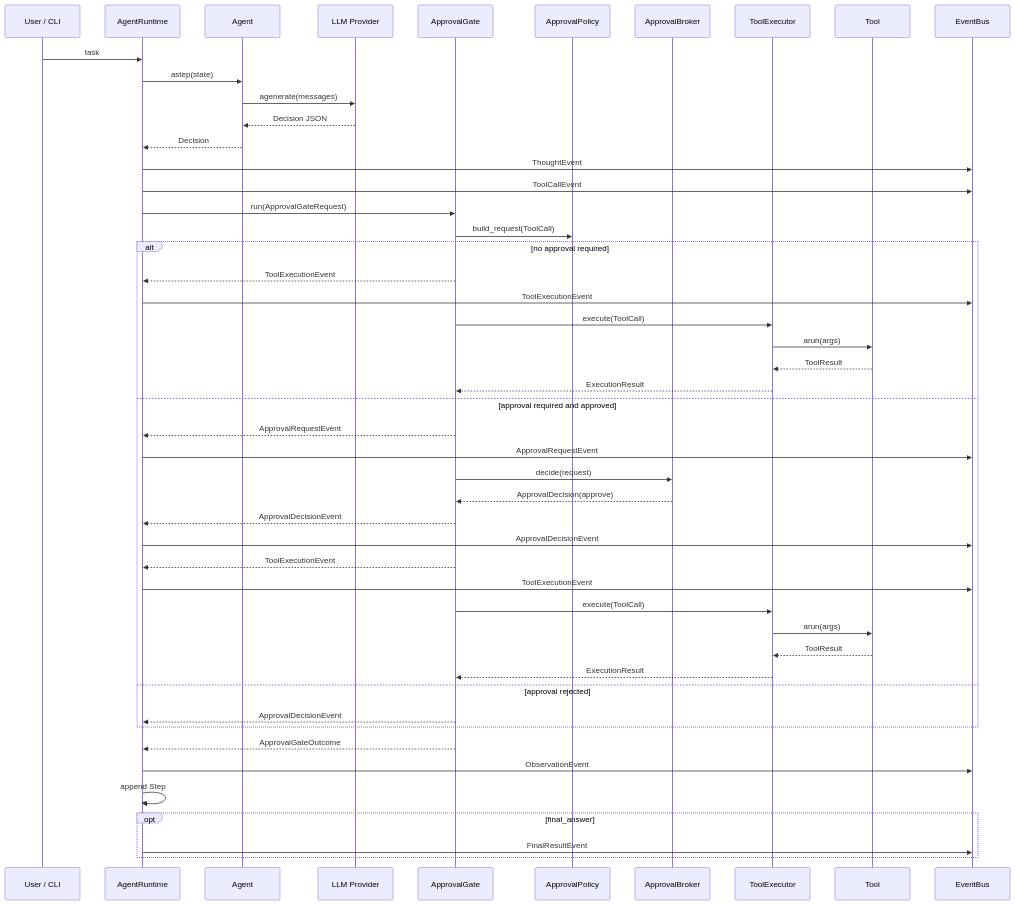
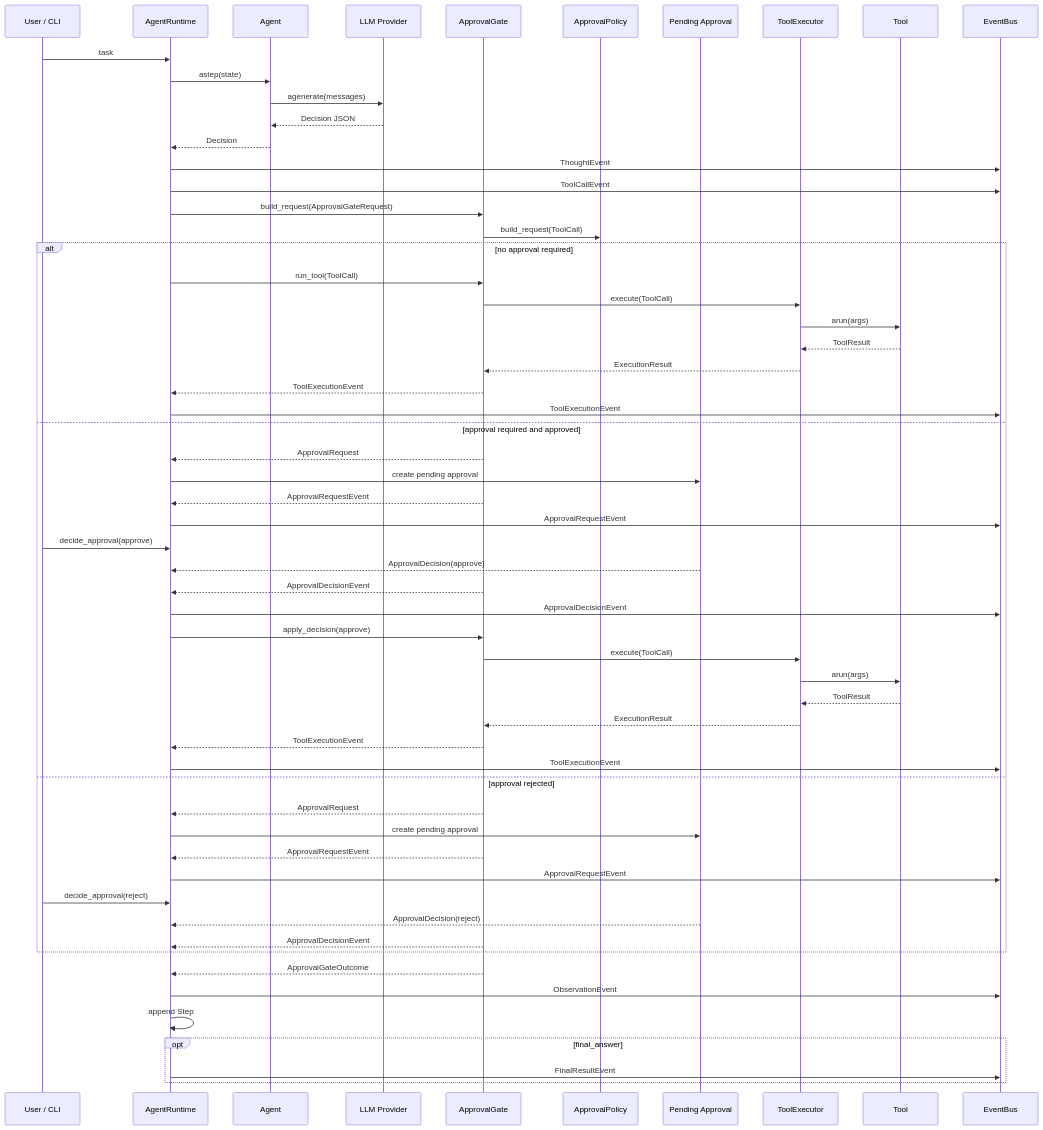
One commit to Dabuliule/codecraft changed the second of 2 diagrams in docs/ARCHITECTURE.md. Above: the diagram before and after it, drawn with Mermaid. The commit also changed other lines of this file and 11 other files, not shown here.

Commit message:
refactor: replace approval broker with pending approvals

````diff
--- a/docs/ARCHITECTURE.md
+++ b/docs/ARCHITECTURE.md
@@ -47,52 +47,62 @@
 ```mermaid
 sequenceDiagram
     participant U as User / CLI
     participant R as AgentRuntime
     participant A as Agent
     participant L as LLM Provider
     participant G as ApprovalGate
     participant AP as ApprovalPolicy
-    participant AB as ApprovalBroker
+    participant P as Pending Approval
     participant E as ToolExecutor
     participant T as Tool
     participant B as EventBus
 
     U->>R: task
     R->>A: astep(state)
     A->>L: agenerate(messages)
     L-->>A: Decision JSON
     A-->>R: Decision
     R->>B: ThoughtEvent
     R->>B: ToolCallEvent
-    R->>G: run(ApprovalGateRequest)
+    R->>G: build_request(ApprovalGateRequest)
     G->>AP: build_request(ToolCall)
     alt no approval required
-        G-->>R: ToolExecutionEvent
-        R->>B: ToolExecutionEvent
+        R->>G: run_tool(ToolCall)
         G->>E: execute(ToolCall)
         E->>T: arun(args)
         T-->>E: ToolResult
         E-->>G: ExecutionResult
+        G-->>R: ToolExecutionEvent
+        R->>B: ToolExecutionEvent
     else approval required and approved
+        G-->>R: ApprovalRequest
+        R->>P: create pending approval
         G-->>R: ApprovalRequestEvent
         R->>B: ApprovalRequestEvent
-        G->>AB: decide(request)
-        AB-->>G: ApprovalDecision(approve)
+        U->>R: decide_approval(approve)
+        P-->>R: ApprovalDecision(approve)
         G-->>R: ApprovalDecisionEvent
         R->>B: ApprovalDecisionEvent
-        G-->>R: ToolExecutionEvent
-        R->>B: ToolExecutionEvent
+        R->>G: apply_decision(approve)
         G->>E: execute(ToolCall)
         E->>T: arun(args)
         T-->>E: ToolResult
         E-->>G: ExecutionResult
+        G-->>R: ToolExecutionEvent
+        R->>B: ToolExecutionEvent
     else approval rejected
+        G-->>R: ApprovalRequest
+        R->>P: create pending approval
+        G-->>R: ApprovalRequestEvent
+        R->>B: ApprovalRequestEvent
+        U->>R: decide_approval(reject)
+        P-->>R: ApprovalDecision(reject)
         G-->>R: ApprovalDecisionEvent
     end
     G-->>R: ApprovalGateOutcome
     R->>B: ObservationEvent
     R->>R: append Step
     opt final_answer
         R->>B: FinalResultEvent
     end
 ```
````
